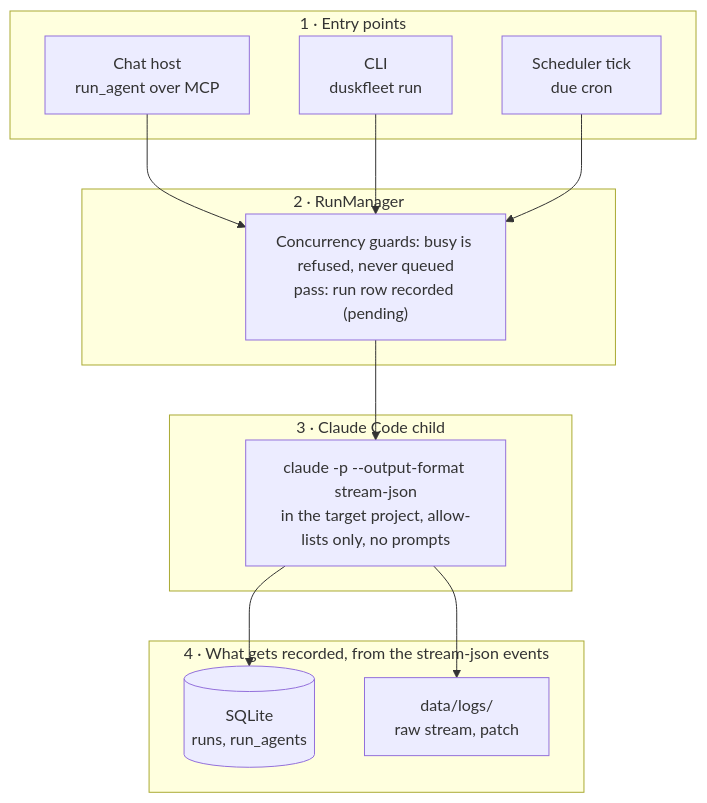
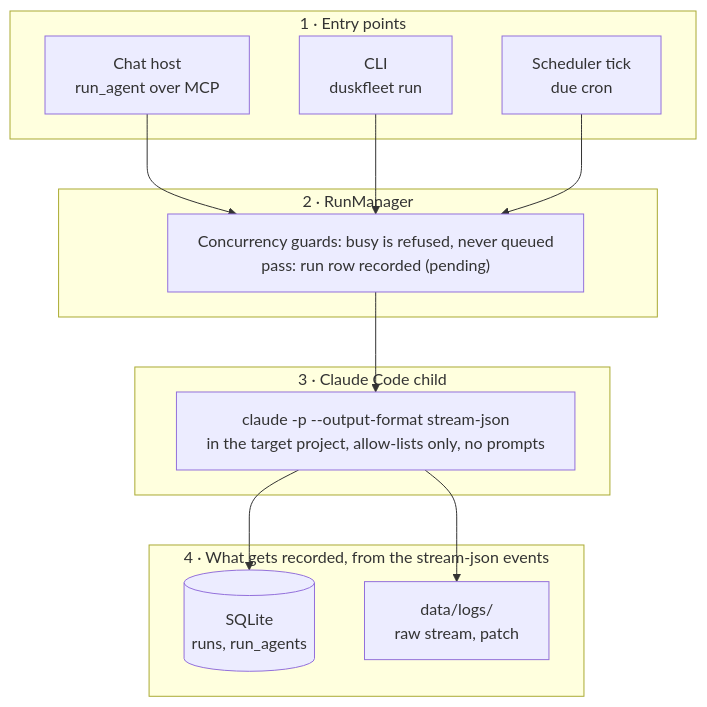
Before and after one commit to duskfleet/duskfleet: the first of 2 diagrams in README.md, drawn with Mermaid.

Commit message:
README: restore the wrapping width of the flowchart labels
Claude-Session: https://claude.ai/code/session_014NZALZg54RZdNB9EhjesYs

````diff
--- a/README.md
+++ b/README.md
@@ -158,28 +158,29 @@
 ```mermaid
+%%{init: {"flowchart": {"wrappingWidth": 420}}}%%
 flowchart TB
     subgraph entry ["1 · Entry points"]
         chat["Chat host<br/>run_agent over MCP"]
         cli["CLI<br/>duskfleet run"]
         sched["Scheduler tick<br/>due cron"]
     end
 
     subgraph rm ["2 · RunManager"]
         guards["Concurrency guards: busy is refused, never queued<br/>pass: run row recorded (pending)"]
     end
 
     subgraph child ["3 · Claude Code child"]
         claude["claude -p --output-format stream-json<br/>in the target project, allow-lists only, no prompts"]
     end
 
     subgraph rec ["4 · What gets recorded, from the stream-json events"]
         db[("SQLite<br/>runs, run_agents")]
         logs["data/logs/<br/>raw stream, patch"]
     end
 
     chat --> guards
     cli --> guards
     sched --> guards
     guards --> claude
     claude --> db
     claude --> logs
 ```
````
